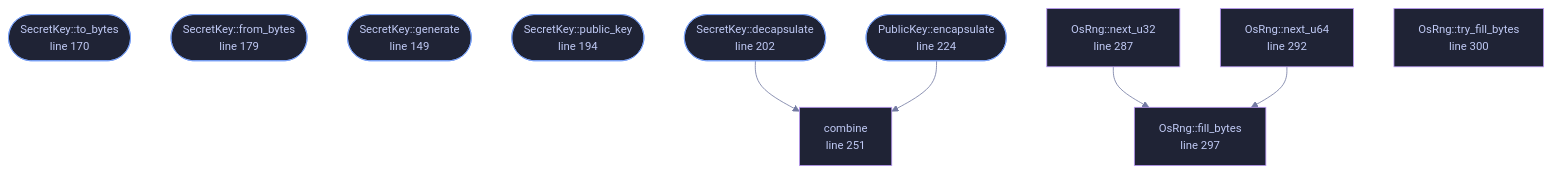
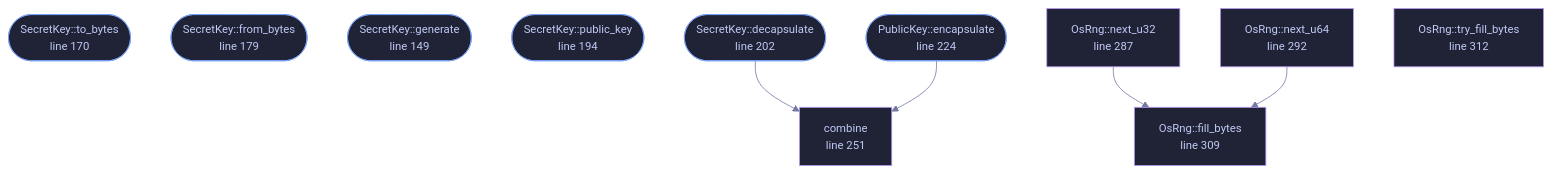
The diagram in wiki/File-veilvoice-crypto-hybrid.md (tilas01/veilvoice), drawn with Mermaid before and after one commit. The commit also changed other lines of this file and 68 other files, not shown here.

````diff
--- a/wiki/File-veilvoice-crypto-hybrid.md
+++ b/wiki/File-veilvoice-crypto-hybrid.md
@@ -92,42 +92,42 @@
 ```mermaid
 %%{init: {"theme":"base","themeVariables":{"background":"#1a1b26","primaryColor":"#1f2335","primaryTextColor":"#c0caf5","primaryBorderColor":"#7aa2f7","secondaryColor":"#16161e","tertiaryColor":"#16161e","lineColor":"#737aa2","textColor":"#c0caf5","mainBkg":"#1f2335","nodeBorder":"#7aa2f7","clusterBkg":"#16161e","clusterBorder":"#2f3549","fontFamily":"ui-monospace, SFMono-Regular, Consolas, monospace","fontSize":"14px"}}}%%
 flowchart TD
     n_to_bytes(["PublicKey::to_bytes<br/>line 99"])
     n_from_bytes(["PublicKey::from_bytes<br/>line 107"])
     n_to_bytes(["Encapsulation::to_bytes<br/>line 124"])
     n_from_bytes(["Encapsulation::from_bytes<br/>line 132"])
     n_generate(["SecretKey::generate<br/>line 149"])
     n_to_bytes(["SecretKey::to_bytes<br/>line 170"])
     n_from_bytes(["SecretKey::from_bytes<br/>line 179"])
     n_public_key(["SecretKey::public_key<br/>line 194"])
     n_decapsulate(["SecretKey::decapsulate<br/>line 202"])
     n_encapsulate(["PublicKey::encapsulate<br/>line 224"])
     n_combine["combine<br/>line 251"]
     n_next_u32["OsRng::next_u32<br/>line 287"]
     n_next_u64["OsRng::next_u64<br/>line 292"]
-    n_fill_bytes["OsRng::fill_bytes<br/>line 297"]
-    n_try_fill_bytes["OsRng::try_fill_bytes<br/>line 300"]
+    n_fill_bytes["OsRng::fill_bytes<br/>line 309"]
+    n_try_fill_bytes["OsRng::try_fill_bytes<br/>line 312"]
     n_decapsulate --> n_combine
     n_encapsulate --> n_combine
     n_next_u32 --> n_fill_bytes
     n_next_u64 --> n_fill_bytes
     click n_to_bytes href "https://github.com/tilas01/veilvoice/blob/main/crates/veilvoice-crypto/src/hybrid.rs#L99" "open the source"
     click n_from_bytes href "https://github.com/tilas01/veilvoice/blob/main/crates/veilvoice-crypto/src/hybrid.rs#L107" "open the source"
     click n_to_bytes href "https://github.com/tilas01/veilvoice/blob/main/crates/veilvoice-crypto/src/hybrid.rs#L124" "open the source"
     click n_from_bytes href "https://github.com/tilas01/veilvoice/blob/main/crates/veilvoice-crypto/src/hybrid.rs#L132" "open the source"
     click n_generate href "https://github.com/tilas01/veilvoice/blob/main/crates/veilvoice-crypto/src/hybrid.rs#L149" "open the source"
     click n_to_bytes href "https://github.com/tilas01/veilvoice/blob/main/crates/veilvoice-crypto/src/hybrid.rs#L170" "open the source"
     click n_from_bytes href "https://github.com/tilas01/veilvoice/blob/main/crates/veilvoice-crypto/src/hybrid.rs#L179" "open the source"
     click n_public_key href "https://github.com/tilas01/veilvoice/blob/main/crates/veilvoice-crypto/src/hybrid.rs#L194" "open the source"
     click n_decapsulate href "https://github.com/tilas01/veilvoice/blob/main/crates/veilvoice-crypto/src/hybrid.rs#L202" "open the source"
     click n_encapsulate href "https://github.com/tilas01/veilvoice/blob/main/crates/veilvoice-crypto/src/hybrid.rs#L224" "open the source"
     click n_combine href "https://github.com/tilas01/veilvoice/blob/main/crates/veilvoice-crypto/src/hybrid.rs#L251" "open the source"
     click n_next_u32 href "https://github.com/tilas01/veilvoice/blob/main/crates/veilvoice-crypto/src/hybrid.rs#L287" "open the source"
     click n_next_u64 href "https://github.com/tilas01/veilvoice/blob/main/crates/veilvoice-crypto/src/hybrid.rs#L292" "open the source"
-    click n_fill_bytes href "https://github.com/tilas01/veilvoice/blob/main/crates/veilvoice-crypto/src/hybrid.rs#L297" "open the source"
-    click n_try_fill_bytes href "https://github.com/tilas01/veilvoice/blob/main/crates/veilvoice-crypto/src/hybrid.rs#L300" "open the source"
+    click n_fill_bytes href "https://github.com/tilas01/veilvoice/blob/main/crates/veilvoice-crypto/src/hybrid.rs#L309" "open the source"
+    click n_try_fill_bytes href "https://github.com/tilas01/veilvoice/blob/main/crates/veilvoice-crypto/src/hybrid.rs#L312" "open the source"
     classDef entry fill:#1f2335,stroke:#7aa2f7,color:#c0caf5
     class n_to_bytes,n_from_bytes,n_to_bytes,n_from_bytes,n_generate,n_to_bytes,n_from_bytes,n_public_key,n_decapsulate,n_encapsulate entry
     classDef helper fill:#1f2335,stroke:#bb9af7,color:#c0caf5
     class n_combine,n_next_u32,n_next_u64,n_fill_bytes,n_try_fill_bytes helper
 ```
````
